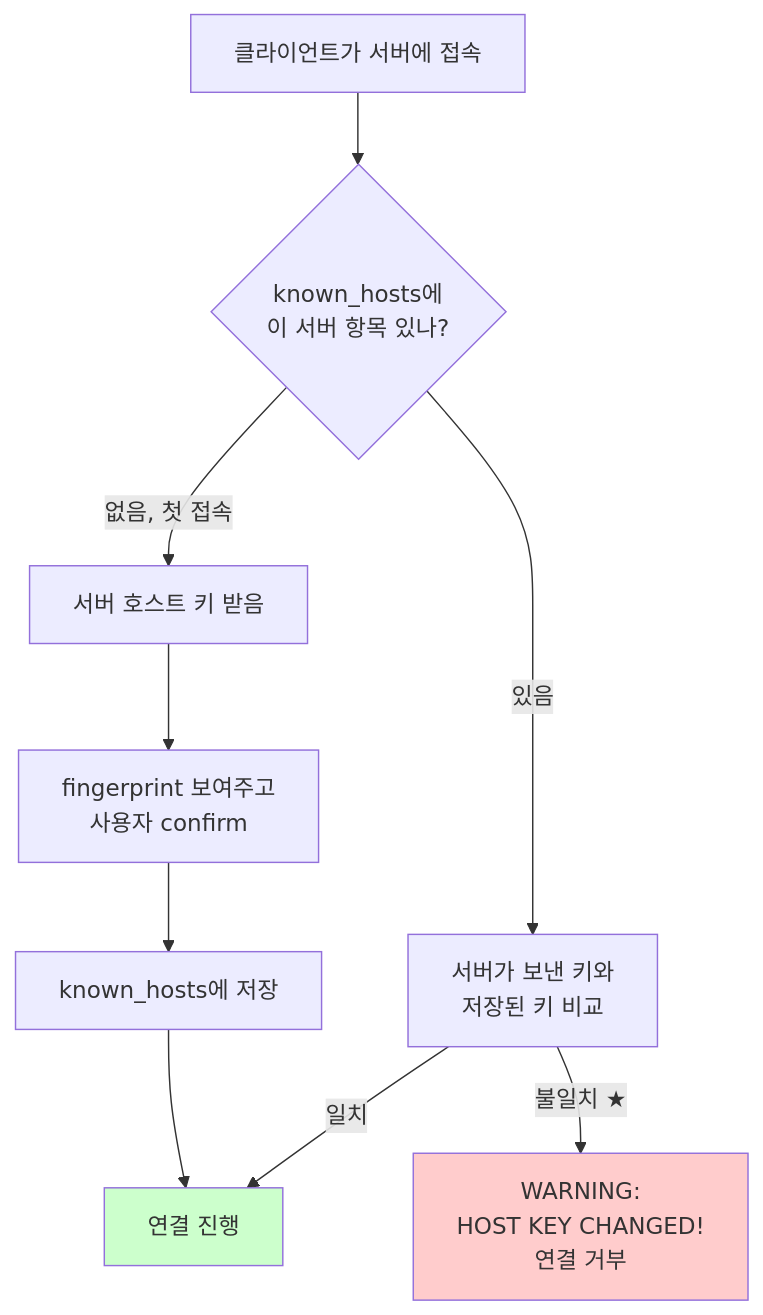
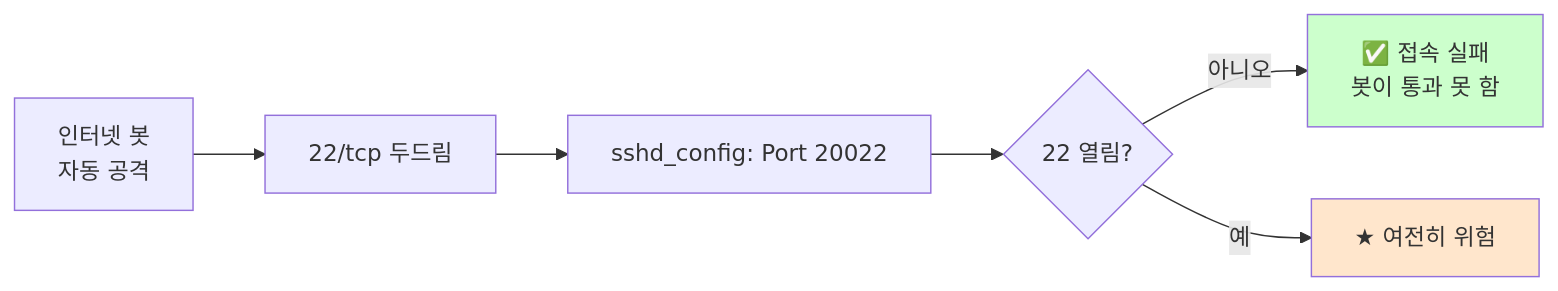
One commit to codewhite7777/codyssey_notes changed the second of 2 diagrams in codyssey_b1_1_study/ssh-deep-dive.md. Above: the diagram before and after it, drawn with Mermaid. The commit also changed other lines of this file and 4 other files, not shown here.

````diff
--- a/codyssey_b1_1_study/ssh-deep-dive.md
+++ b/codyssey_b1_1_study/ssh-deep-dive.md
@@ -98,15 +172,11 @@
 ```mermaid
-flowchart TD
-    A[클라이언트가 서버에 접속] --> B{known_hosts에<br/>이 서버 항목 있나?}
-    B -->|없음, 첫 접속| C[서버 호스트 키 받음]
-    C --> D[fingerprint 보여주고<br/>사용자 confirm]
-    D --> E[known_hosts에 저장]
-    E --> F[연결 진행]
+flowchart LR
+    A["인터넷 봇<br/>자동 공격"] --> B["22/tcp 두드림"]
+    B --> C["sshd_config: Port 20022"]
+    C --> D{22 열림?}
+    D -->|아니오| E["✅ 접속 실패<br/>봇이 통과 못 함"]
+    D -->|예| F["★ 여전히 위험"]
 
-    B -->|있음| G[서버가 보낸 키와<br/>저장된 키 비교]
-    G -->|일치| F
-    G -->|불일치 ★| H[WARNING:<br/>HOST KEY CHANGED!<br/>연결 거부]
-
-    style H fill:#ffcccc
-    style F fill:#ccffcc
+    style E fill:#ccffcc
+    style F fill:#ffe6cc
 ```
````
